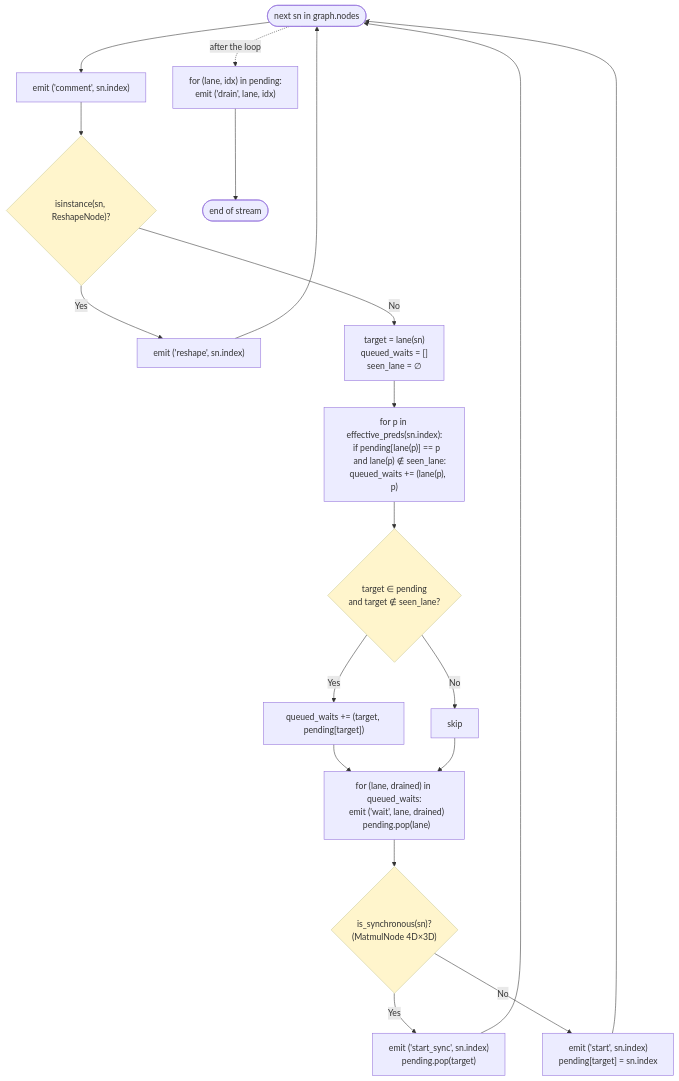
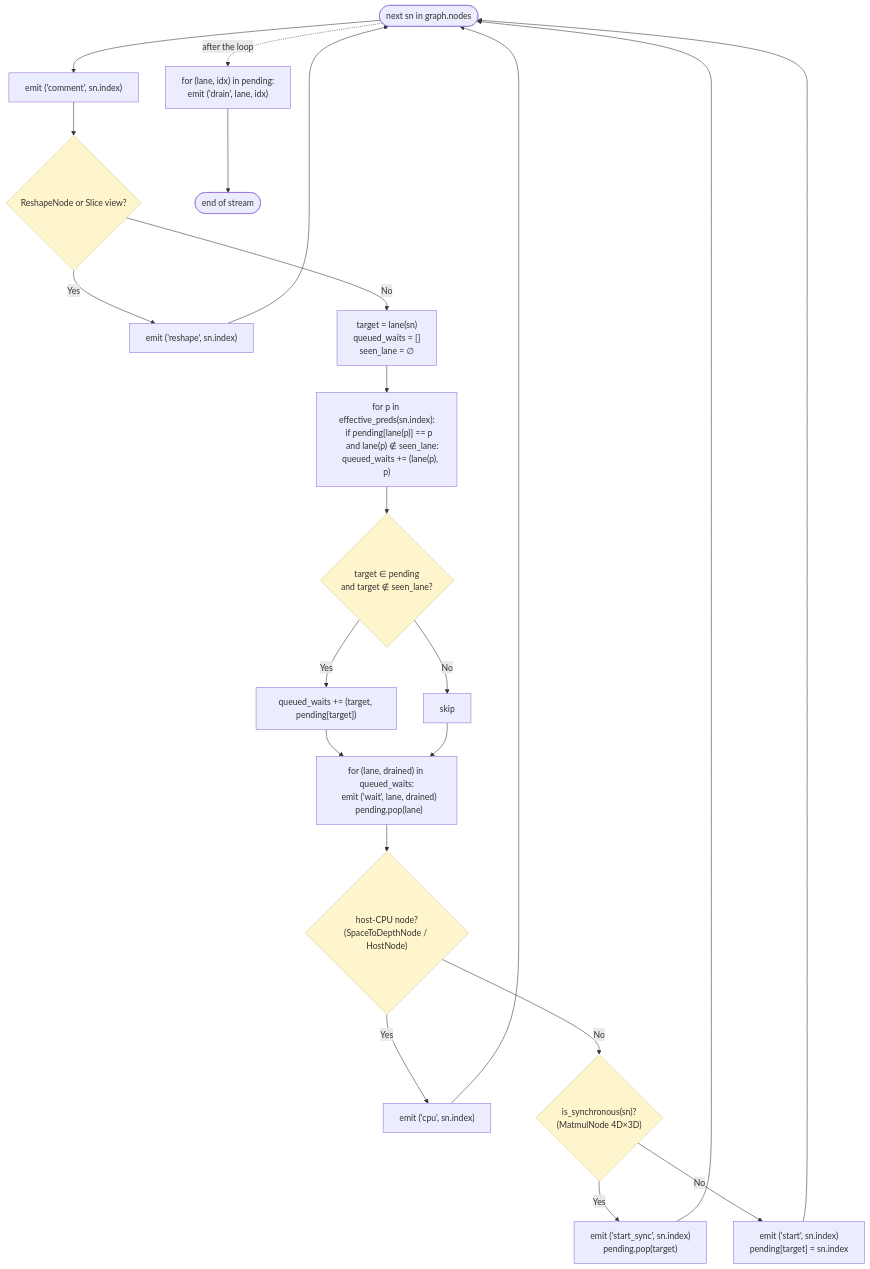
Before and after one commit to phoenix367/cormorant: the fourth of 7 diagrams in inference-scheduler/doc/SCHEDULER_DAG.md, drawn with Mermaid. The commit also changed other lines of this file and 31 other files, not shown here.

````diff
--- a/inference-scheduler/doc/SCHEDULER_DAG.md
+++ b/inference-scheduler/doc/SCHEDULER_DAG.md
@@ -307,32 +333,35 @@
 ```mermaid
 flowchart TD
     A([next sn in graph.nodes]) --> EMC["emit ('comment', sn.index)"]
-    EMC --> RX{"isinstance(sn, ReshapeNode)?"}
+    EMC --> RX{"ReshapeNode or Slice view?"}
     RX -->|Yes| RXemit["emit ('reshape', sn.index)"]
     RXemit --> A
 
     RX -->|No| TG["target = lane(sn)<br/>queued_waits = []<br/>seen_lane = ∅"]
 
     TG --> P1["for p in effective_preds(sn.index):<br/>  if pending[lane(p)] == p<br/>     and lane(p) ∉ seen_lane:<br/>    queued_waits += (lane(p), p)"]
 
     P1 --> TW{"target ∈ pending<br/>and target ∉ seen_lane?"}
     TW -->|Yes| TWadd["queued_waits += (target, pending[target])"]
     TW -->|No| Skip[skip]
     TWadd --> EmitW
     Skip --> EmitW
 
     EmitW["for (lane, drained) in queued_waits:<br/>  emit ('wait', lane, drained)<br/>  pending.pop(lane)"]
 
-    EmitW --> Sync{"is_synchronous(sn)?<br/>(MatmulNode 4D×3D)"}
+    EmitW --> Cpu{"host-CPU node?<br/>(SpaceToDepthNode / HostNode)"}
+    Cpu -->|Yes| CpuEmit["emit ('cpu', sn.index)"]
+    Cpu -->|No| Sync{"is_synchronous(sn)?<br/>(MatmulNode 4D×3D)"}
     Sync -->|Yes| StartSync["emit ('start_sync', sn.index)<br/>pending.pop(target)"]
     Sync -->|No| StartReg["emit ('start', sn.index)<br/>pending[target] = sn.index"]
 
+    CpuEmit --> A
     StartSync --> A
     StartReg --> A
 
     A -.->|"after the loop"| Drain["for (lane, idx) in pending:<br/>  emit ('drain', lane, idx)"]
     Drain --> END([end of stream])
 
     classDef decision fill:#fff5cc,stroke:#cc9
-    class RX,TW,Sync decision
+    class RX,TW,Cpu,Sync decision
 ```
````
